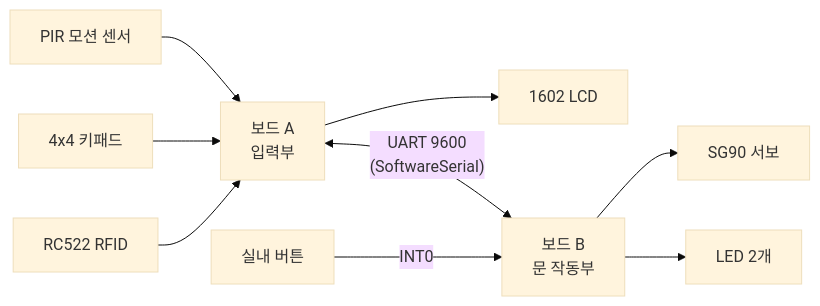
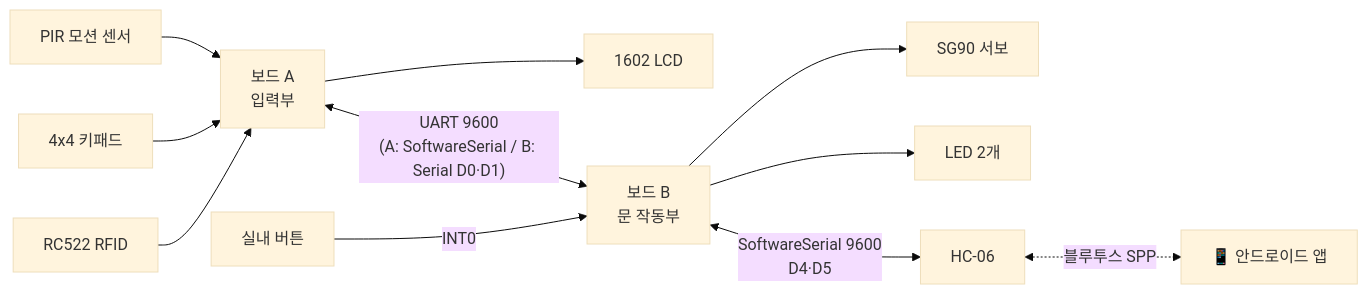
One commit to oceanstarlight/arduino-doorlock changed the diagram in README.md. Above: the diagram before and after it, drawn with Mermaid (base theme). The commit also changed other lines of this file and 13 other files, not shown here.

First line of the commit message:
보드 B에 HC-06 블루투스 추가 + 안드로이드 앱

````diff
--- a/README.md
+++ b/README.md
@@ -33,11 +37,13 @@
 ```mermaid
 flowchart LR
   PIR[PIR 모션 센서] --> A
   KP[4x4 키패드] --> A
   RF[RC522 RFID] --> A
   A --> LCD[1602 LCD]
-  A["보드 A<br/>입력부"] <-- "UART 9600<br/>(SoftwareSerial)" --> B["보드 B<br/>문 작동부"]
+  A["보드 A<br/>입력부"] <-- "UART 9600<br/>(A: SoftwareSerial / B: Serial D0·D1)" --> B["보드 B<br/>문 작동부"]
   BTN[실내 버튼] -- INT0 --> B
   B --> SV[SG90 서보]
   B --> LED[LED 2개]
+  B <-- "SoftwareSerial 9600<br/>D4·D5" --> HC[HC-06]
+  HC <-. "블루투스 SPP" .-> PH["📱 안드로이드 앱"]
 ```
````
